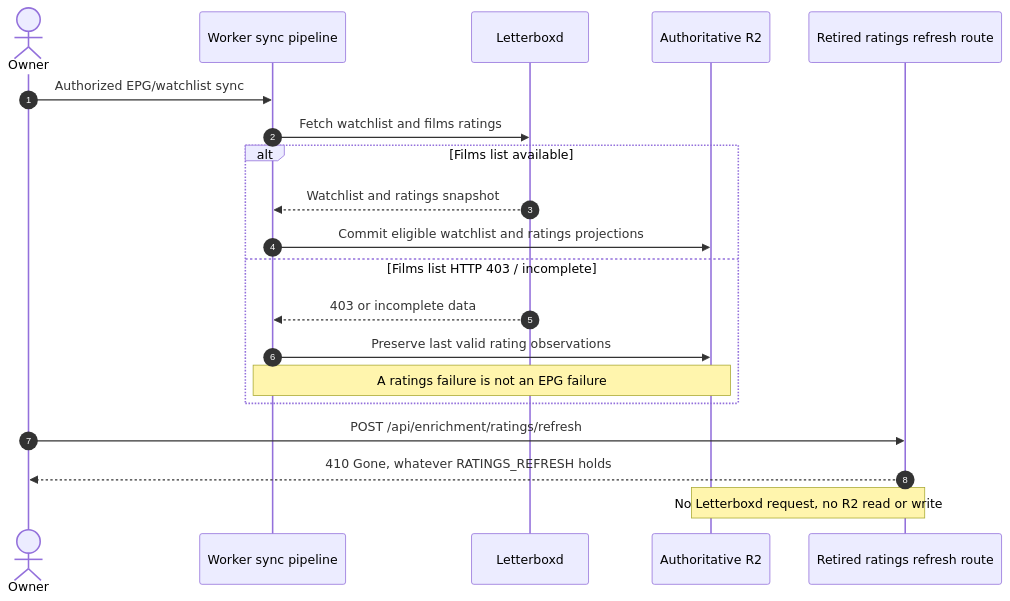
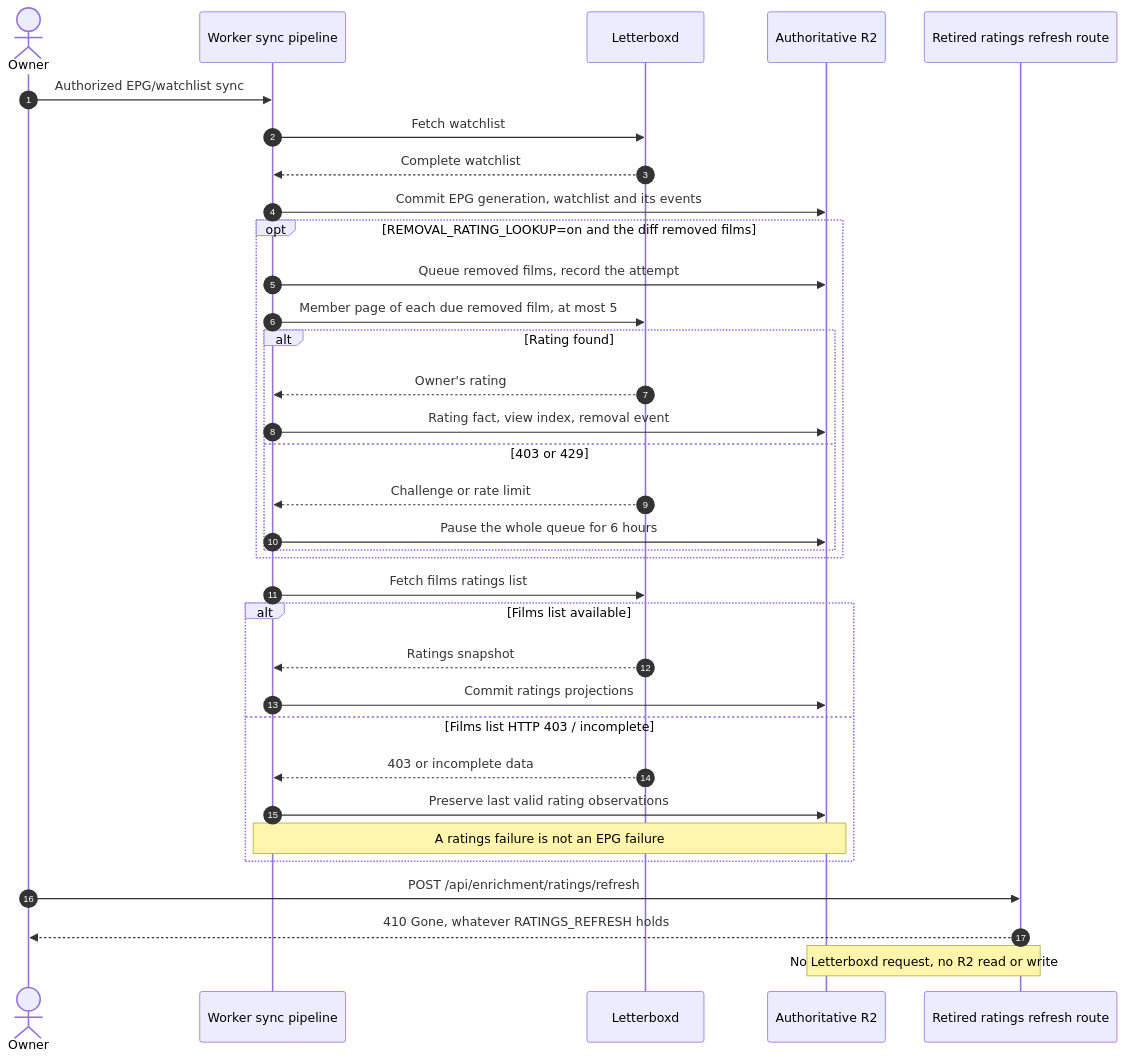
Before and after one commit to vladimino/iptv-watchlist: the first of 2 diagrams in docs/architecture/letterboxd-ingestion.md, drawn with Mermaid. The commit also changed other lines of this file and 11 other files, not shown here.

First line of the commit message:
AIR-268: bounded per-film rating lookup for removed watchlist films (ADR 0043) (#225)

````diff
--- a/docs/architecture/letterboxd-ingestion.md
+++ b/docs/architecture/letterboxd-ingestion.md
@@ -5,22 +5,36 @@
 ```mermaid
 sequenceDiagram
     autonumber
     actor Owner
     participant Sync as Worker sync pipeline
     participant LB as Letterboxd
     participant R2 as Authoritative R2
     participant Retired as Retired ratings refresh route
     Owner->>Sync: Authorized EPG/watchlist sync
-    Sync->>LB: Fetch watchlist and films ratings
+    Sync->>LB: Fetch watchlist
+    LB-->>Sync: Complete watchlist
+    Sync->>R2: Commit EPG generation, watchlist and its events
+    opt REMOVAL_RATING_LOOKUP=on and the diff removed films
+        Sync->>R2: Queue removed films, record the attempt
+        Sync->>LB: Member page of each due removed film, at most 5
+        alt Rating found
+            LB-->>Sync: Owner's rating
+            Sync->>R2: Rating fact, view index, removal event
+        else 403 or 429
+            LB-->>Sync: Challenge or rate limit
+            Sync->>R2: Pause the whole queue for 6 hours
+        end
+    end
+    Sync->>LB: Fetch films ratings list
     alt Films list available
-        LB-->>Sync: Watchlist and ratings snapshot
-        Sync->>R2: Commit eligible watchlist and ratings projections
+        LB-->>Sync: Ratings snapshot
+        Sync->>R2: Commit ratings projections
     else Films list HTTP 403 / incomplete
         LB-->>Sync: 403 or incomplete data
         Sync->>R2: Preserve last valid rating observations
         Note over Sync,R2: A ratings failure is not an EPG failure
     end
     Owner->>Retired: POST /api/enrichment/ratings/refresh
     Retired-->>Owner: 410 Gone, whatever RATINGS_REFRESH holds
     Note over Retired,R2: No Letterboxd request, no R2 read or write
 ```
````
